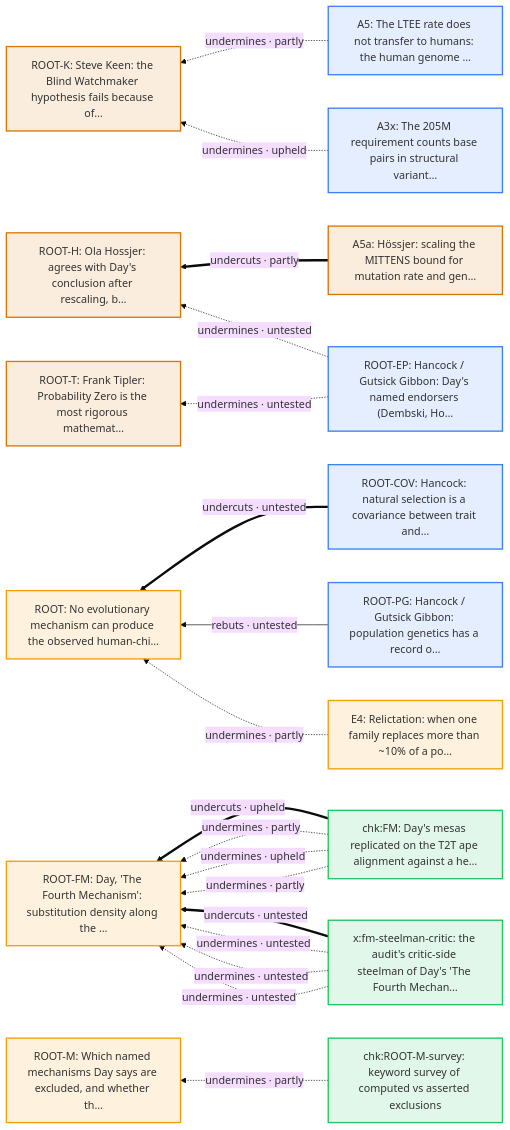
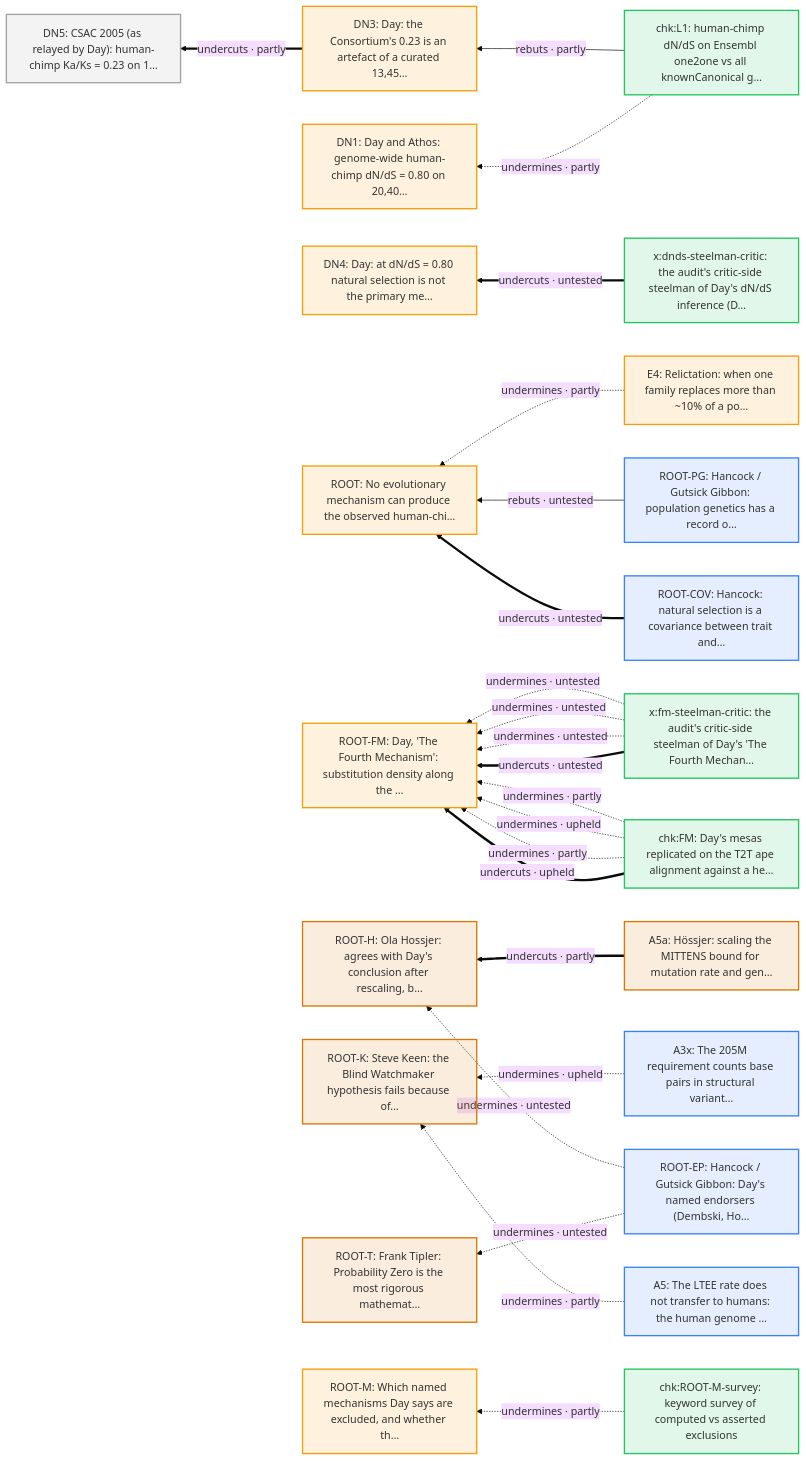
Before and after one commit to nickallevato/evo-sim: diagram 16 of 20 in docs/arguments/defeaters.md, drawn with Mermaid (base theme). The commit also changed other lines of this file and 37 other files, not shown here.

````diff
--- a/docs/arguments/defeaters.md
+++ b/docs/arguments/defeaters.md
@@ -839,41 +851,51 @@
 ```mermaid
 flowchart RL
   classDef day fill:#f59e0b22,stroke:#f59e0b,stroke-width:2px
   classDef ally fill:#d9770622,stroke:#d97706,stroke-width:2px
   classDef critic fill:#3b82f622,stroke:#3b82f6,stroke-width:2px
   classDef literature fill:#a3a3a322,stroke:#a3a3a3,stroke-width:2px
   classDef audit fill:#22c55e22,stroke:#22c55e,stroke-width:2px
   A3x["A3x: The 205M requirement counts base pairs in structural variant…"]:::critic
   A5["A5: The LTEE rate does not transfer to humans: the human genome …"]:::critic
   A5a["A5a: Hössjer: scaling the MITTENS bound for mutation rate and gen…"]:::ally
+  DN1["DN1: Day and Athos: genome-wide human-chimp dN/dS = 0.80 on 20,40…"]:::day
+  DN3["DN3: Day: the Consortium's 0.23 is an artefact of a curated 13,45…"]:::day
+  DN4["DN4: Day: at dN/dS = 0.80 natural selection is not the primary me…"]:::day
+  DN5["DN5: CSAC 2005 (as relayed by Day): human-chimp Ka/Ks = 0.23 on 1…"]:::literature
   E4["E4: Relictation: when one family replaces more than ~10% of a po…"]:::day
   ROOT["ROOT: No evolutionary mechanism can produce the observed human-chi…"]:::day
   ROOT_COV["ROOT-COV: Hancock: natural selection is a covariance between trait and…"]:::critic
   ROOT_EP["ROOT-EP: Hancock / Gutsick Gibbon: Day's named endorsers (Dembski, Ho…"]:::critic
   ROOT_FM["ROOT-FM: Day, 'The Fourth Mechanism': substitution density along the …"]:::day
   ROOT_H["ROOT-H: Ola Hossjer: agrees with Day's conclusion after rescaling, b…"]:::ally
   ROOT_K["ROOT-K: Steve Keen: the Blind Watchmaker hypothesis fails because of…"]:::ally
   ROOT_M["ROOT-M: Which named mechanisms Day says are excluded, and whether th…"]:::day
   ROOT_PG["ROOT-PG: Hancock / Gutsick Gibbon: population genetics has a record o…"]:::critic
   ROOT_T["ROOT-T: Frank Tipler: Probability Zero is the most rigorous mathemat…"]:::ally
   chk_FM["chk:FM: Day's mesas replicated on the T2T ape alignment against a he…"]:::audit
+  chk_L1["chk:L1: human-chimp dN/dS on Ensembl one2one vs all knownCanonical g…"]:::audit
   chk_ROOT_M_survey["chk:ROOT-M-survey: keyword survey of computed vs asserted exclusions"]:::audit
+  x_dnds_steelman_critic["x:dnds-steelman-critic: the audit's critic-side steelman of Day's dN/dS inference (D…"]:::audit
   x_fm_steelman_critic["x:fm-steelman-critic: the audit's critic-side steelman of Day's 'The Fourth Mechan…"]:::audit
   E4 -.->|"undermines · partly"| ROOT
   ROOT_PG -->|"rebuts · untested"| ROOT
   ROOT_COV ==>|"undercuts · untested"| ROOT
+  chk_L1 -->|"rebuts · partly"| DN3
+  DN3 ==>|"undercuts · partly"| DN5
   x_fm_steelman_critic -.->|"undermines · untested"| ROOT_FM
   x_fm_steelman_critic -.->|"undermines · untested"| ROOT_FM
   x_fm_steelman_critic -.->|"undermines · untested"| ROOT_FM
   x_fm_steelman_critic ==>|"undercuts · untested"| ROOT_FM
   chk_FM -.->|"undermines · partly"| ROOT_FM
   chk_FM -.->|"undermines · upheld"| ROOT_FM
   chk_FM -.->|"undermines · partly"| ROOT_FM
   chk_FM ==>|"undercuts · upheld"| ROOT_FM
   ROOT_EP -.->|"undermines · untested"| ROOT_H
   A5a ==>|"undercuts · partly"| ROOT_H
   A3x -.->|"undermines · upheld"| ROOT_K
   A5 -.->|"undermines · partly"| ROOT_K
   chk_ROOT_M_survey -.->|"undermines · partly"| ROOT_M
   ROOT_EP -.->|"undermines · untested"| ROOT_T
+  chk_L1 -.->|"undermines · partly"| DN1
+  x_dnds_steelman_critic ==>|"undercuts · untested"| DN4
 ```
````
